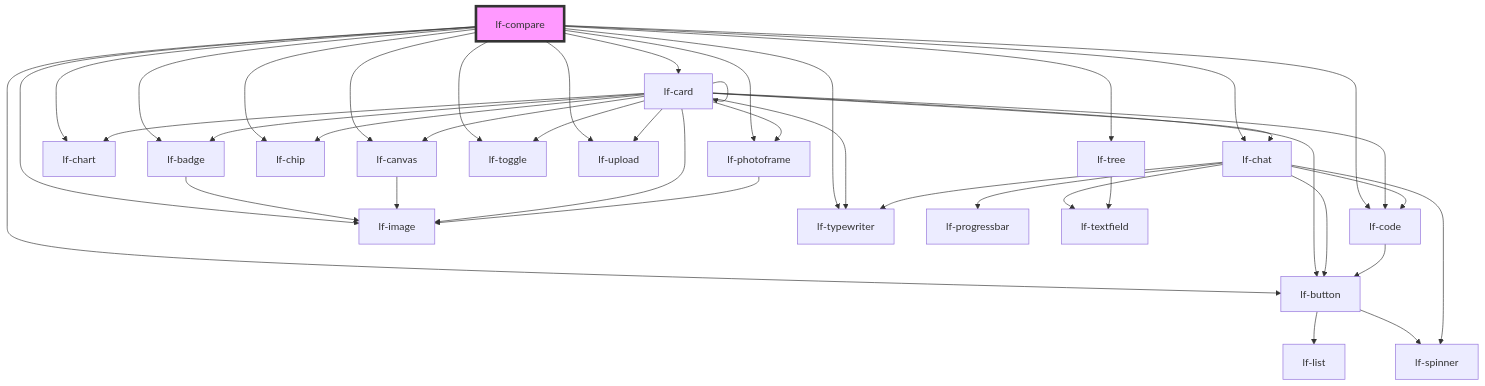
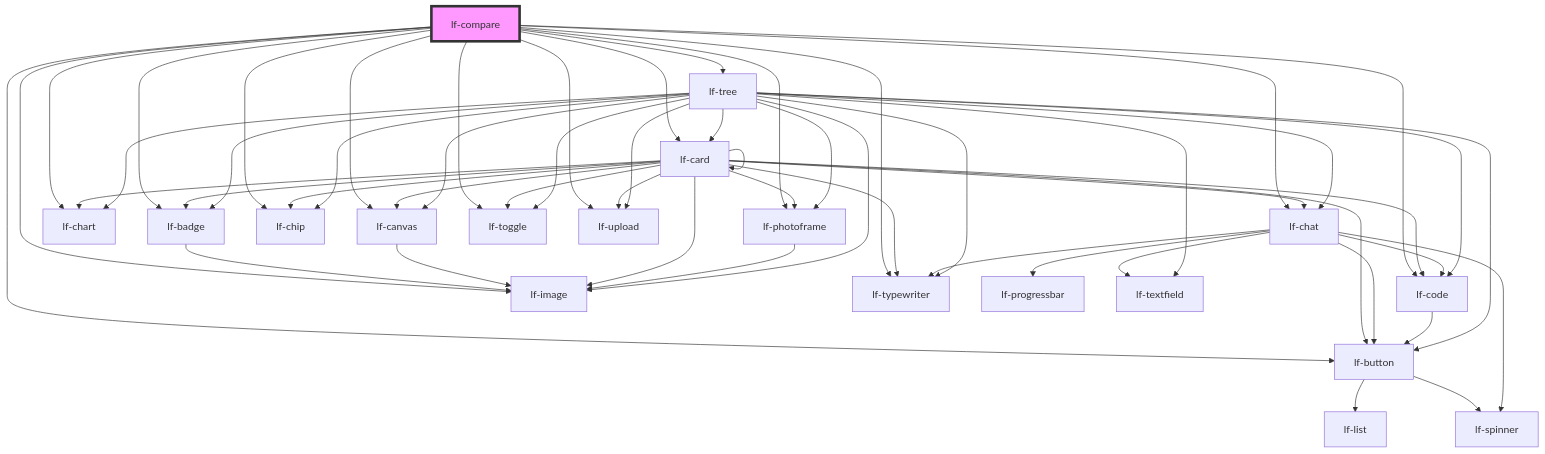
The diagram in packages/core/src/components/lf-compare/readme.md (lucafoscili/lf-widgets), drawn with Mermaid before and after one commit. The commit also changed 17 other files, not shown here.

````diff
--- a/packages/core/src/components/lf-compare/readme.md
+++ b/packages/core/src/components/lf-compare/readme.md
@@ -120,44 +120,57 @@
 ```mermaid
 graph TD;
   lf-compare --> lf-badge
   lf-compare --> lf-button
   lf-compare --> lf-canvas
   lf-compare --> lf-card
   lf-compare --> lf-chart
   lf-compare --> lf-chat
   lf-compare --> lf-chip
   lf-compare --> lf-code
   lf-compare --> lf-image
   lf-compare --> lf-photoframe
   lf-compare --> lf-toggle
   lf-compare --> lf-typewriter
   lf-compare --> lf-upload
   lf-compare --> lf-tree
   lf-badge --> lf-image
   lf-button --> lf-list
   lf-button --> lf-spinner
   lf-canvas --> lf-image
   lf-card --> lf-badge
   lf-card --> lf-button
   lf-card --> lf-canvas
   lf-card --> lf-card
   lf-card --> lf-chart
   lf-card --> lf-chat
   lf-card --> lf-chip
   lf-card --> lf-code
   lf-card --> lf-image
   lf-card --> lf-photoframe
   lf-card --> lf-toggle
   lf-card --> lf-typewriter
   lf-card --> lf-upload
   lf-chat --> lf-spinner
   lf-chat --> lf-code
   lf-chat --> lf-button
   lf-chat --> lf-typewriter
   lf-chat --> lf-progressbar
   lf-chat --> lf-textfield
   lf-code --> lf-button
   lf-photoframe --> lf-image
   lf-tree --> lf-textfield
+  lf-tree --> lf-badge
+  lf-tree --> lf-button
+  lf-tree --> lf-canvas
+  lf-tree --> lf-card
+  lf-tree --> lf-chart
+  lf-tree --> lf-chat
+  lf-tree --> lf-chip
+  lf-tree --> lf-code
+  lf-tree --> lf-image
+  lf-tree --> lf-photoframe
+  lf-tree --> lf-toggle
+  lf-tree --> lf-typewriter
+  lf-tree --> lf-upload
   style lf-compare fill:#f9f,stroke:#333,stroke-width:4px
 ```
````
